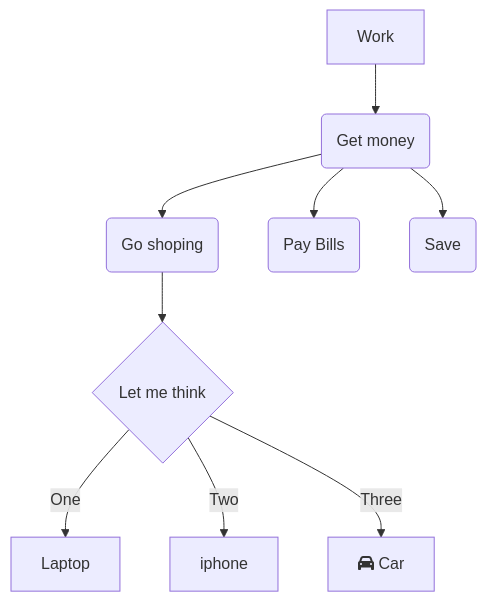
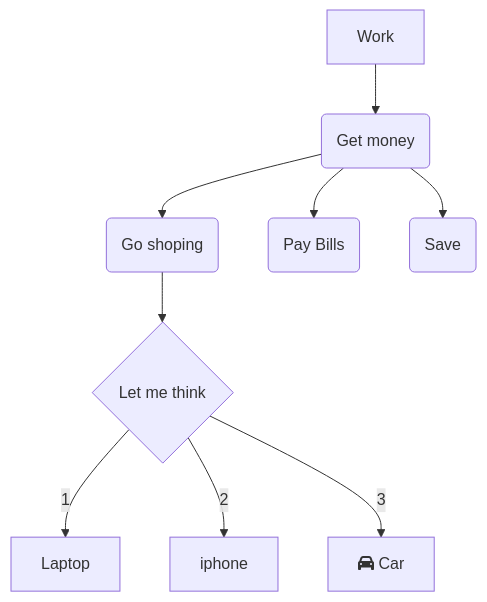
One commit to Epperezmoreno/epperezmoreno.github.io changed the diagram in Diagram.md. Above: the diagram before and after it, drawn with Mermaid.

Commit message:
Update Diagram.md
replaced words with numbers

````diff
--- a/Diagram.md
+++ b/Diagram.md
@@ -1,12 +1,12 @@
 ```mermaid
 flowchart TD 
 A[Work] -->B(Get money)
 B --> C(Go shoping)
 B --> D(Pay Bills)
 B --> E(Save)
 C --> F{Let me think}
-F -->|One| G[Laptop]
-F -->|Two| H[iphone]
-F -->|Three| I[fa:fa-car Car]
+F -->|1| G[Laptop]
+F -->|2| H[iphone]
+F -->|3| I[fa:fa-car Car]
 
 ```
````
